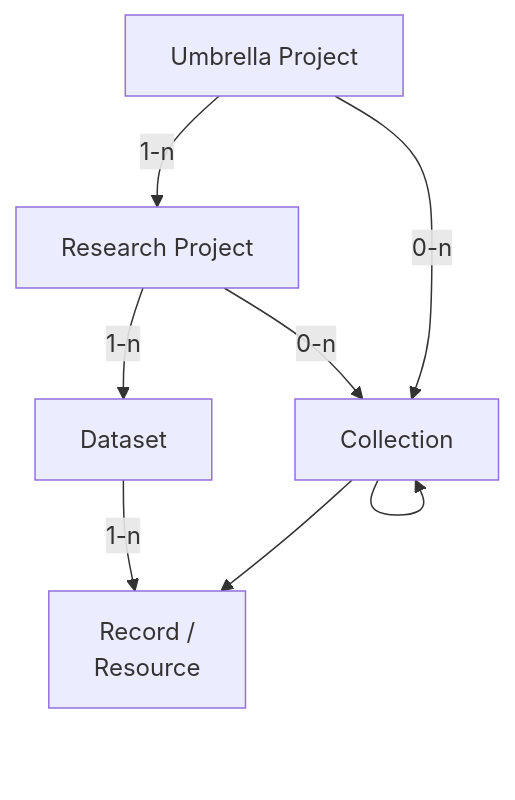
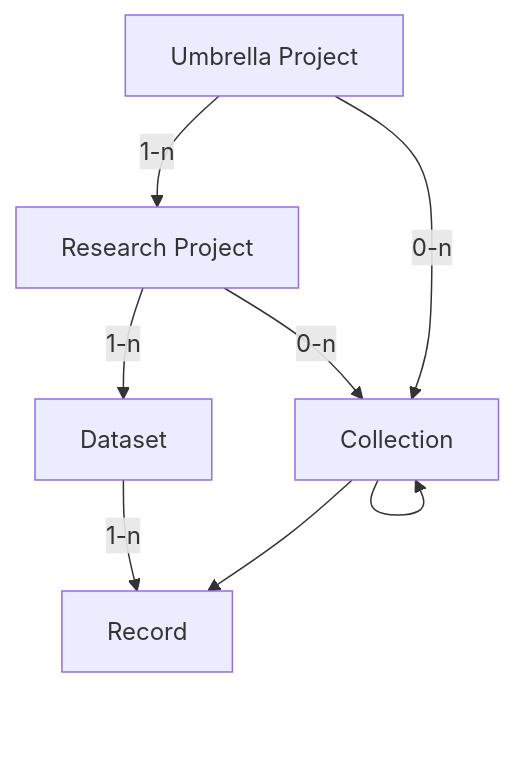
The first of 2 diagrams in docs/data/future-datamodel.md (dasch-swiss/dsp-meta), drawn with Mermaid before and after one commit. The commit also changed other lines of this file, not shown here.

````diff
--- a/docs/data/future-datamodel.md
+++ b/docs/data/future-datamodel.md
@@ -36,11 +36,11 @@
 ```mermaid
 
 flowchart TD
     hyper-project[Umbrella Project] -->|1-n| project[Research Project]
     project -->|1-n| dataset[Dataset]
-    dataset -->|1-n| record[Record /<br/>Resource]
+    dataset -->|1-n| record[Record]
     project -->|0-n| collection[Collection]
     collection --> collection
     hyper-project -->|0-n| collection
     collection --> record
 ```
````
